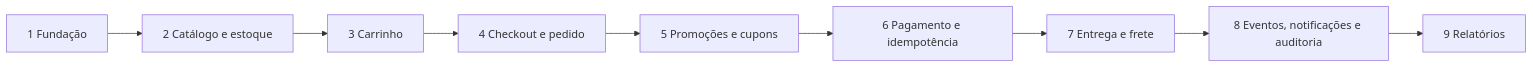
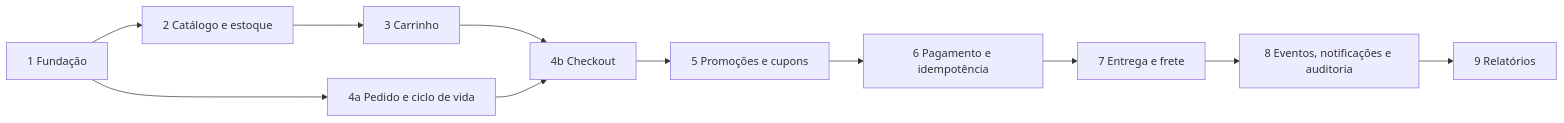
One commit to arthurnicolucci1912/sistema-ecommerce-promocoes-avancadas changed the diagram in docs/08-roadmap.md. Above: the diagram before and after it, drawn with Mermaid. The commit also changed other lines of this file and 205 other files, not shown here.

Commit message:
feat: ciclo de vida do pedido com State e eventos

````diff
--- a/docs/08-roadmap.md
+++ b/docs/08-roadmap.md
@@ -18,11 +18,13 @@
 ```mermaid
 flowchart LR
-    E1[1 Fundação] --> E2[2 Catálogo e estoque]
+    E1[1 Fundação] --> E4a[4a Pedido e ciclo de vida]
+    E1 --> E2[2 Catálogo e estoque]
     E2 --> E3[3 Carrinho]
-    E3 --> E4[4 Checkout e pedido]
-    E4 --> E5[5 Promoções e cupons]
+    E3 --> E4b[4b Checkout]
+    E4a --> E4b
+    E4b --> E5[5 Promoções e cupons]
     E5 --> E6[6 Pagamento e idempotência]
     E6 --> E7[7 Entrega e frete]
     E7 --> E8[8 Eventos, notificações e auditoria]
     E8 --> E9[9 Relatórios]
 ```
````
